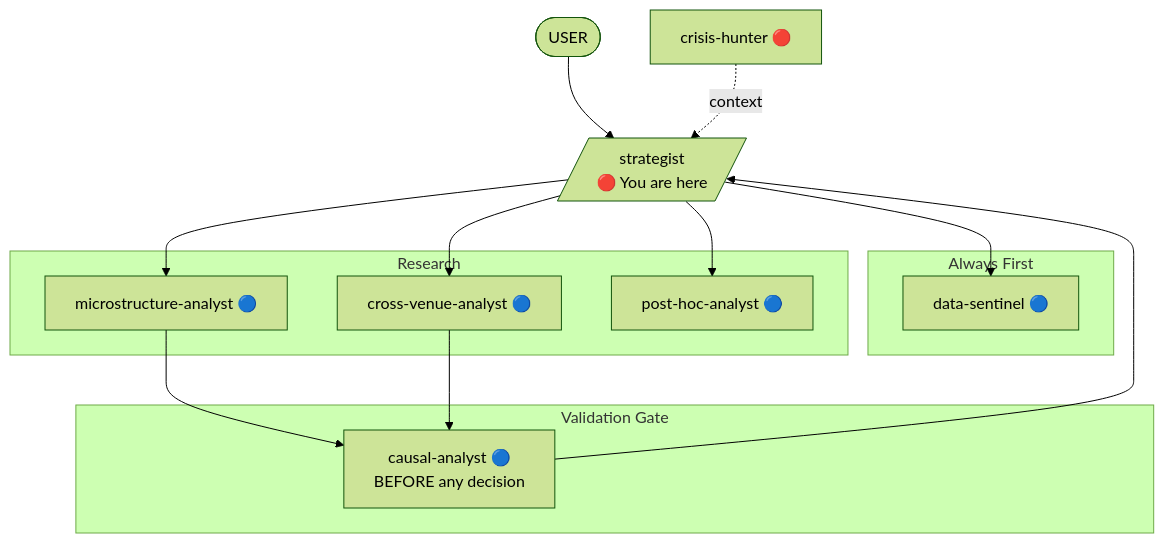
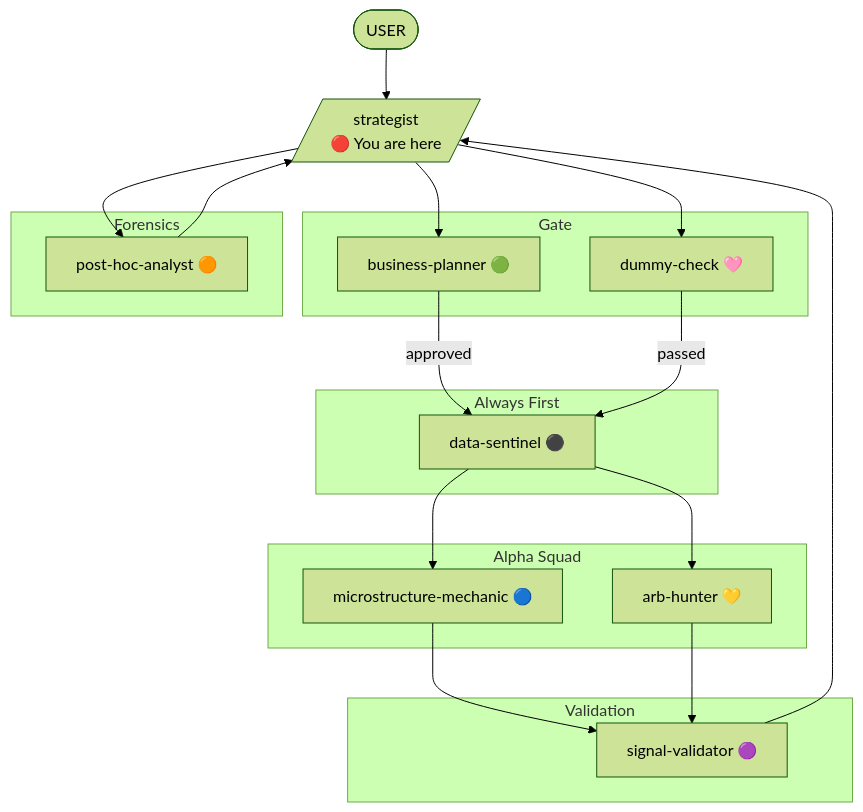
One commit to DeevsDeevs/agent-system changed the diagram in research-experts/agents/strategist.md. Above: the diagram before and after it, drawn with Mermaid (forest theme). The commit also changed other lines of this file and 14 other files, not shown here.

````diff
--- a/research-experts/agents/strategist.md
+++ b/research-experts/agents/strategist.md
@@ -146,29 +92,38 @@
 ```mermaid
 flowchart TD
     USER([USER]) --> strategist[/"strategist<br/>🔴 You are here"/]
 
-    subgraph always_first [Always First]
-        data-sentinel["data-sentinel 🔵"]
+    subgraph gate [Gate]
+        biz["business-planner 🟢"]
+        dummy["dummy-check 🩷"]
     end
 
-    subgraph research [Research]
-        micro["microstructure-analyst 🔵"]
-        cross["cross-venue-analyst 🔵"]
-        post-hoc["post-hoc-analyst 🔵"]
+    subgraph always_first [Always First]
+        data["data-sentinel ⚫"]
     end
 
-    subgraph validation [Validation Gate]
-        causal["causal-analyst 🔵<br/>BEFORE any decision"]
+    subgraph alpha [Alpha Squad]
+        mech["microstructure-mechanic 🔵"]
+        arb["arb-hunter 💛"]
     end
 
-    strategist --> data-sentinel
-    strategist --> micro
-    strategist --> cross
-    strategist --> post-hoc
+    subgraph validation [Validation]
+        validator["signal-validator 🟣"]
+    end
 
-    micro --> causal
-    cross --> causal
-    causal --> strategist
+    subgraph forensics [Forensics]
+        post["post-hoc-analyst 🟠"]
+    end
 
-    crisis["crisis-hunter 🔴"] -.->|"context"| strategist
+    strategist --> biz
+    strategist --> dummy
+    biz -->|approved| data
+    dummy -->|passed| data
+    data --> mech
+    data --> arb
+    mech --> validator
+    arb --> validator
+    validator --> strategist
+    strategist --> post
+    post --> strategist
 ```
````
